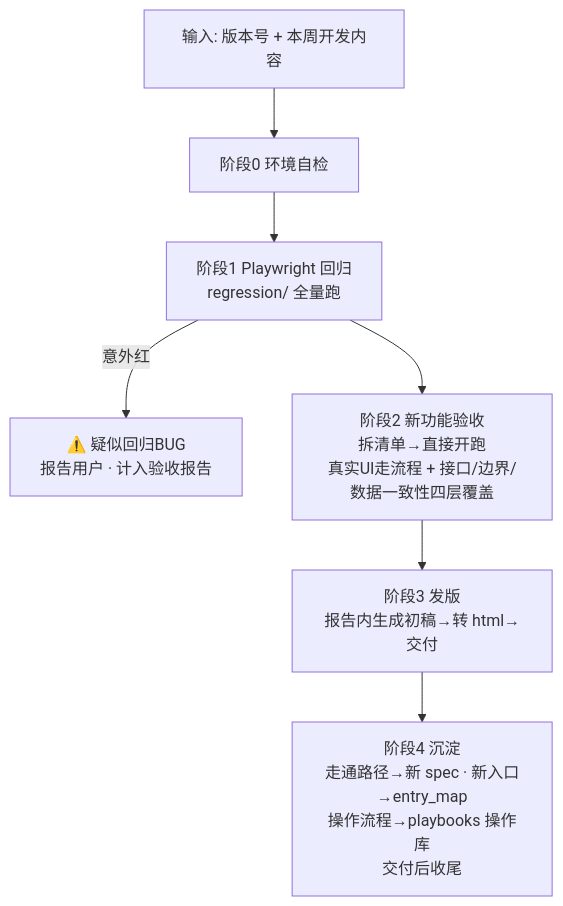
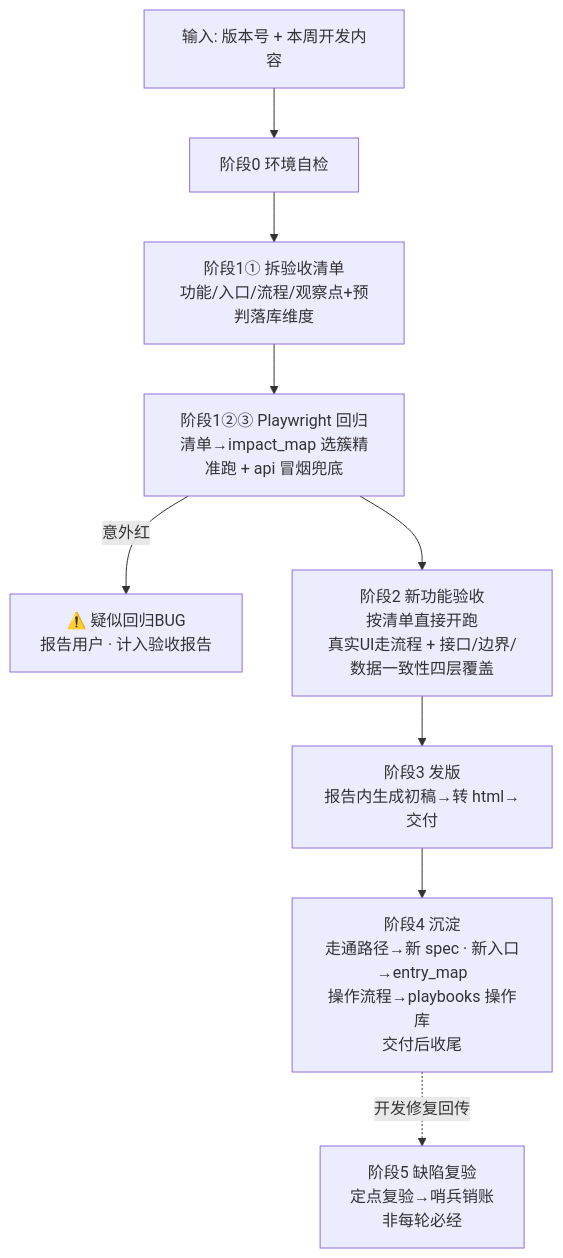
The diagram in skills/SKILL.md (ddddd-xy126/51PM-yanshou-ceshi-faban), drawn with Mermaid before and after one commit. The commit also changed other lines of this file and 16 other files, not shown here.

````diff
--- a/skills/SKILL.md
+++ b/skills/SKILL.md
@@ -15,9 +15,11 @@
 ```mermaid
 graph TD
     A[输入: 版本号 + 本周开发内容] --> B[阶段0 环境自检]
-    B --> C[阶段1 Playwright 回归<br>regression/ 全量跑]
+    B --> C0[阶段1① 拆验收清单<br>功能/入口/流程/观察点+预判落库维度]
+    C0 --> C[阶段1②③ Playwright 回归<br>清单→impact_map 选簇精准跑 + api 冒烟兜底]
     C -->|意外红| C1[⚠️ 疑似回归BUG<br>报告用户 · 计入验收报告]
-    C --> D[阶段2 新功能验收<br>拆清单→直接开跑<br>真实UI走流程 + 接口/边界/数据一致性四层覆盖]
+    C --> D[阶段2 新功能验收<br>按清单直接开跑<br>真实UI走流程 + 接口/边界/数据一致性四层覆盖]
     D --> E[阶段3 发版<br>报告内生成初稿→转 html→交付]
     E --> F[阶段4 沉淀<br>走通路径→新 spec · 新入口→entry_map<br>操作流程→playbooks 操作库<br>交付后收尾]
+    F -. 开发修复回传 .-> G[阶段5 缺陷复验<br>定点复验→哨兵销账<br>非每轮必经]
 ```
````
